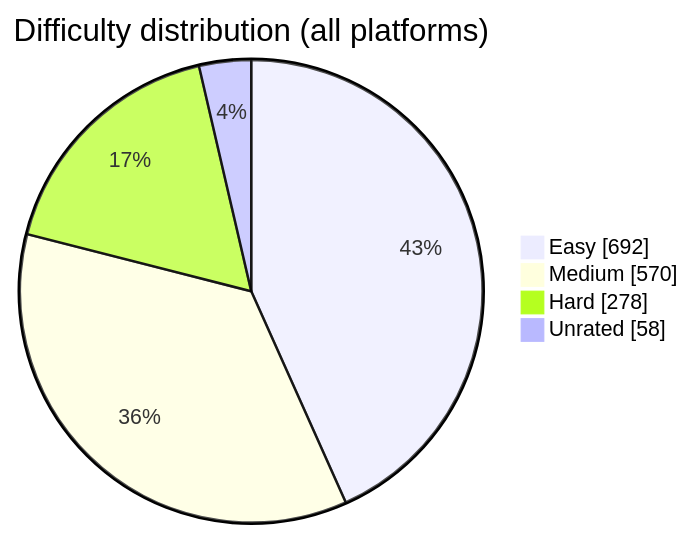
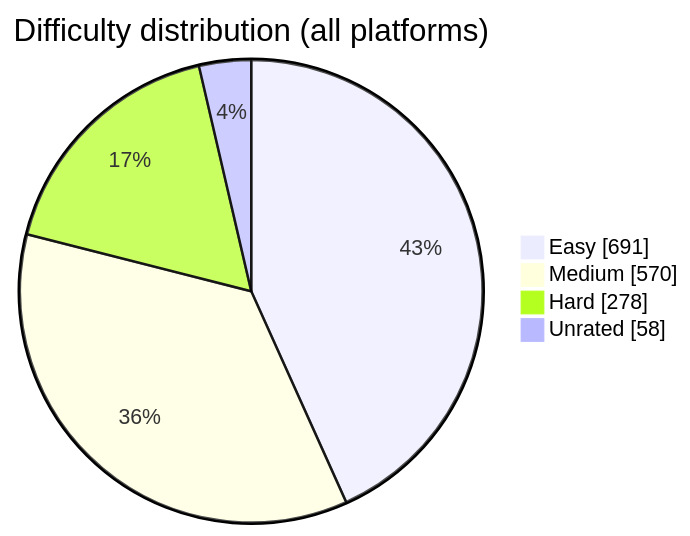
Before and after one commit to BuildbyArindam/Daily-Coding-Log: the diagram in README.md, drawn with Mermaid. The commit also changed other lines of this file, not shown here.

````diff
--- a/README.md
+++ b/README.md
@@ -93,7 +93,7 @@
 ```mermaid
 pie showData title Difficulty distribution (all platforms)
-    "Easy" : 692
+    "Easy" : 691
     "Medium" : 570
     "Hard" : 278
     "Unrated" : 58
 ```
````
